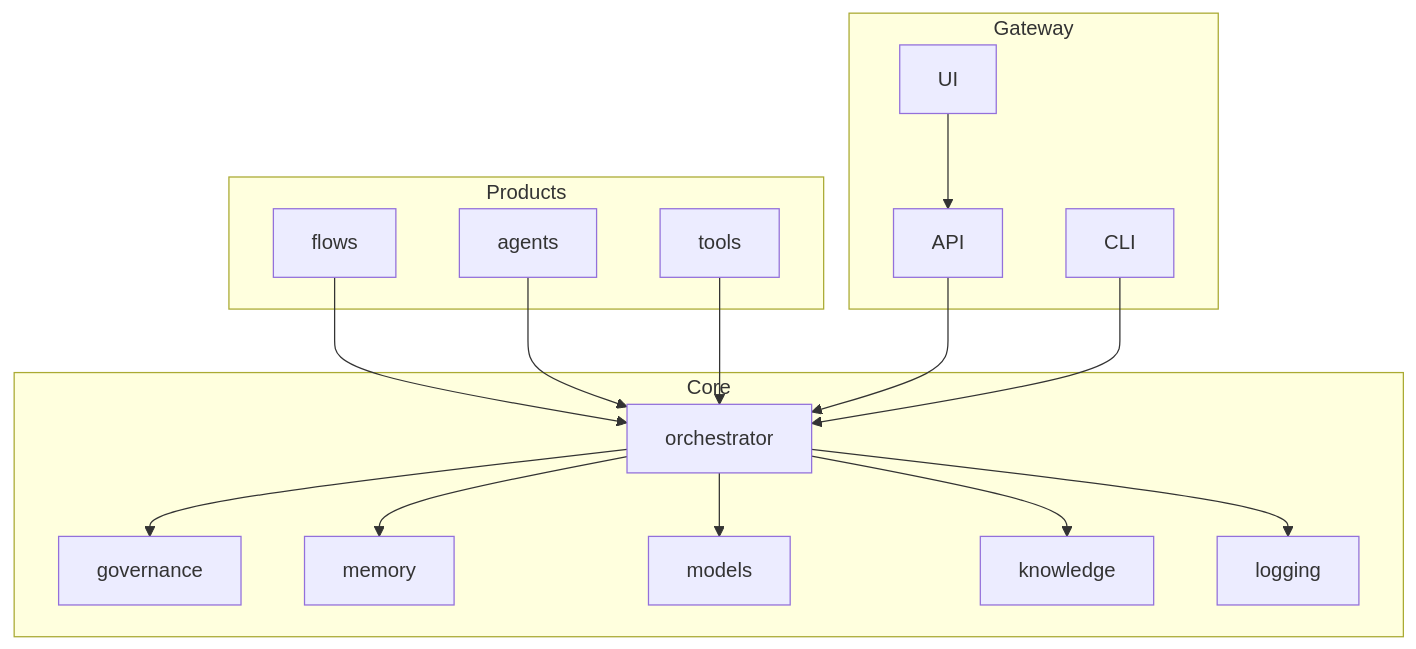
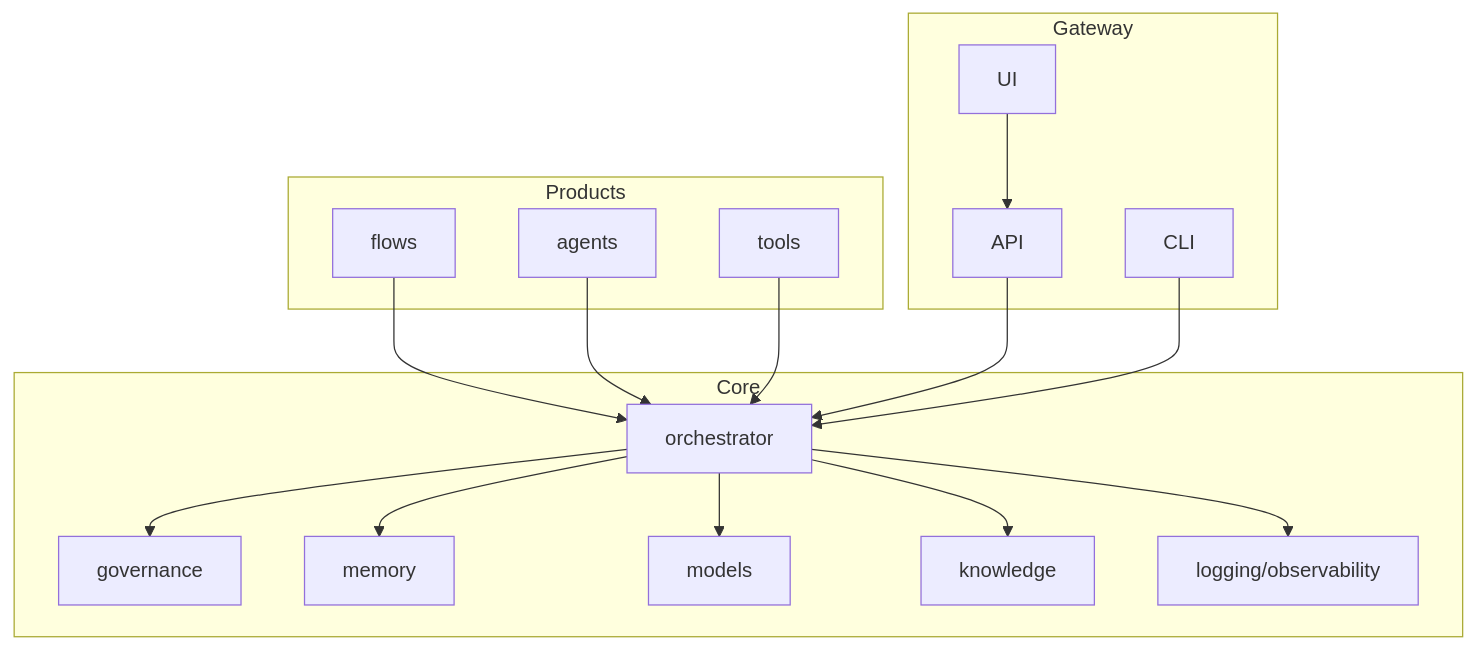
Before and after one commit to chethanp11/master: the first of 10 diagrams in docs/core_architecture.md, drawn with Mermaid. The commit also changed other lines of this file and 6 other files, not shown here.

````diff
--- a/docs/core_architecture.md
+++ b/docs/core_architecture.md
@@ -44,33 +44,33 @@
 ```mermaid
 flowchart TB
   subgraph Products
     PF[flows]
     PA[agents]
     PT[tools]
   end
   subgraph Core
     ORC[orchestrator]
     GOV[governance]
     MEM[memory]
     MOD[models]
     KNO[knowledge]
-    LOG[logging]
+    LOG[logging/observability]
   end
   subgraph Gateway
     API[API]
     UI[UI]
     CLI[CLI]
   end
 
   PF --> ORC
   PA --> ORC
   PT --> ORC
   API --> ORC
   CLI --> ORC
   UI --> API
   ORC --> GOV
   ORC --> MEM
   ORC --> LOG
   ORC --> KNO
   ORC --> MOD
 ```
````
